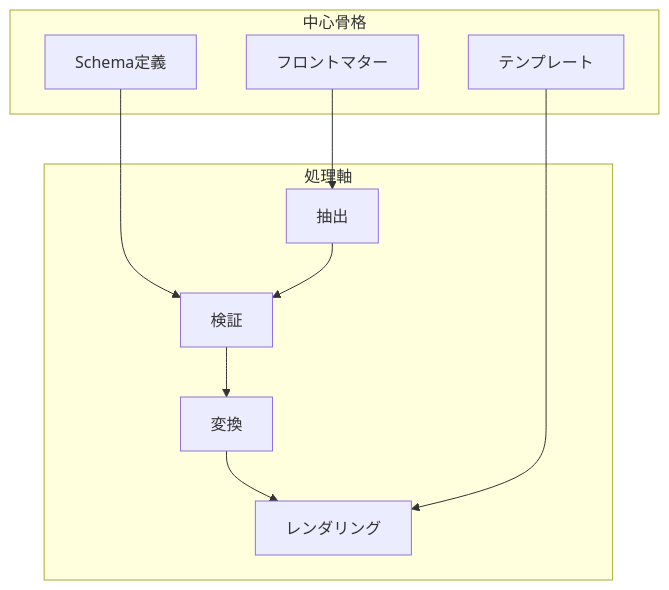
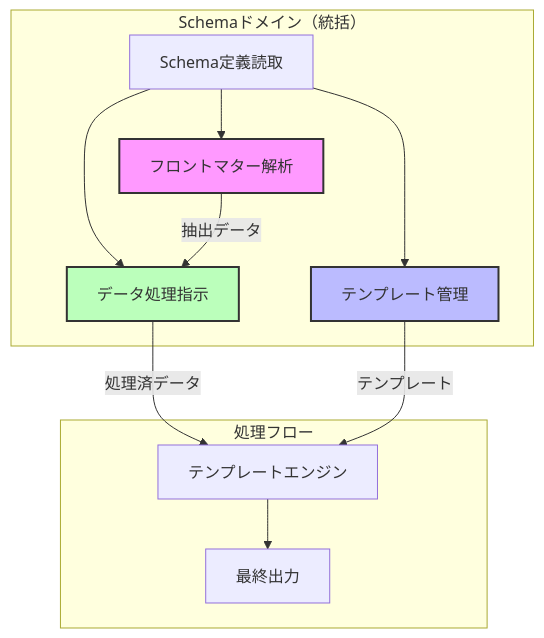
One commit to tettuan/frontmatter-to-schema changed the diagram in docs/domain/domain-boundary.md. Above: the diagram before and after it, drawn with Mermaid. The commit also changed other lines of this file and 166 other files, not shown here.

First line of the commit message:
fix: Integrate 3-domain DDD template resolution architecture

````diff
--- a/docs/domain/domain-boundary.md
+++ b/docs/domain/domain-boundary.md
@@ -25,22 +204,20 @@
 ```mermaid
 graph TB
-    subgraph Core["中心骨格"]
-        Schema[Schema定義]
-        Frontmatter[フロントマター]
-        Template[テンプレート]
+    subgraph Schema["Schemaドメイン（統括）"]
+        SD[Schema定義読取]
+        SD --> FD[フロントマター解析]
+        SD --> TD[テンプレート管理]
+        SD --> DD[データ処理指示]
     end
-    
-    subgraph Processing["処理軸"]
-        Extract[抽出]
-        Validate[検証]
-        Transform[変換]
-        Render[レンダリング]
+
+    subgraph Processing["処理フロー"]
+        FD -->|抽出データ| DD
+        DD -->|処理済データ| TE[テンプレートエンジン]
+        TD -->|テンプレート| TE
+        TE --> OUT[最終出力]
     end
-    
-    Schema --> Validate
-    Frontmatter --> Extract
-    Extract --> Validate
-    Validate --> Transform
-    Transform --> Render
-    Template --> Render
+
+    style FD fill:#f9f,stroke:#333,stroke-width:2px
+    style TD fill:#bbf,stroke:#333,stroke-width:2px
+    style DD fill:#bfb,stroke:#333,stroke-width:2px
 ```
````
